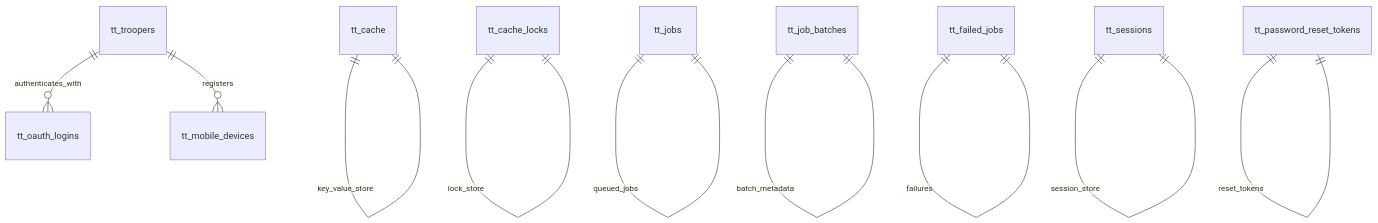
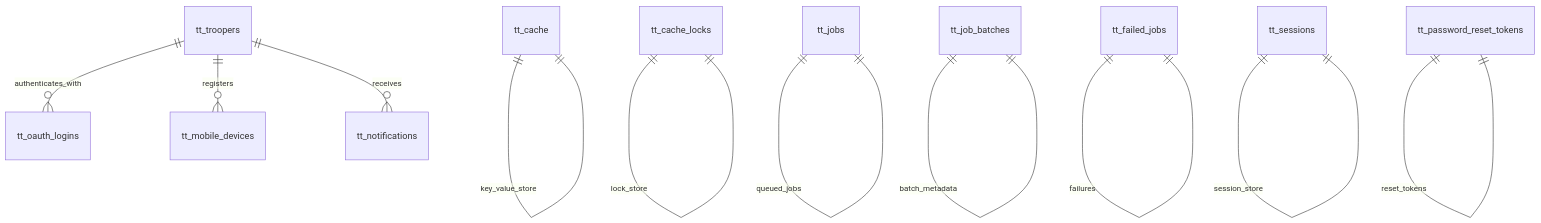
One commit to obsidianslicers/trooper-tracker changed the sixth of 6 diagrams in docs/DATABASE.md. Above: the diagram before and after it, drawn with Mermaid. The commit also changed other lines of this file and 1 other file, not shown here.

````diff
--- a/docs/DATABASE.md
+++ b/docs/DATABASE.md
@@ -143,13 +143,15 @@
   ```mermaid
   erDiagram
     tt_troopers ||--o{ tt_oauth_logins : authenticates_with
     tt_troopers ||--o{ tt_mobile_devices : registers
+
+    tt_troopers ||--o{ tt_notifications : receives
 
     tt_cache ||--|| tt_cache : key_value_store
     tt_cache_locks ||--|| tt_cache_locks : lock_store
     tt_jobs ||--|| tt_jobs : queued_jobs
     tt_job_batches ||--|| tt_job_batches : batch_metadata
     tt_failed_jobs ||--|| tt_failed_jobs : failures
     tt_sessions ||--|| tt_sessions : session_store
     tt_password_reset_tokens ||--|| tt_password_reset_tokens : reset_tokens
   ```
````
